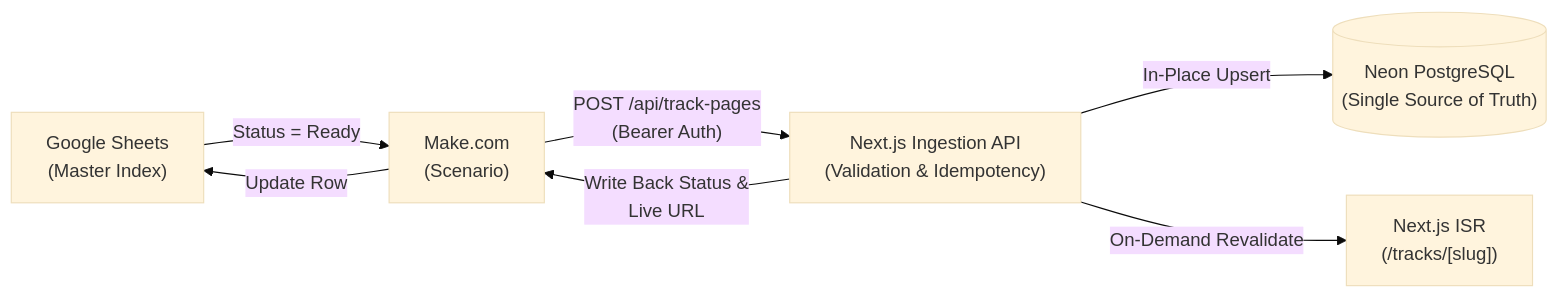
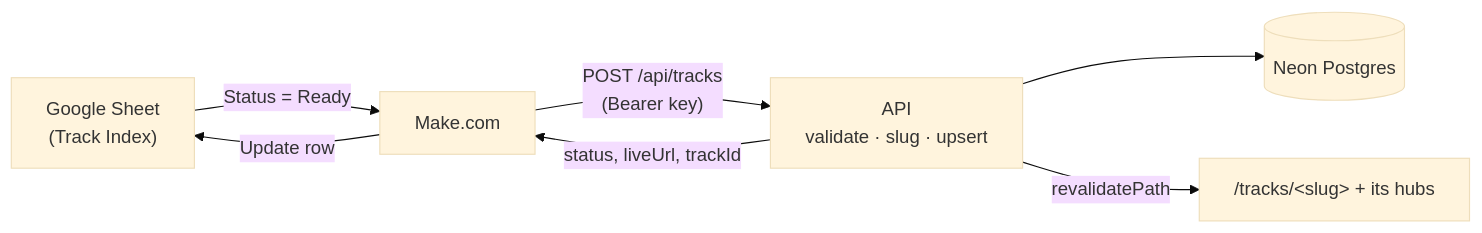
Before and after one commit to Olamideodetunde/b2bmusic: the diagram in docs/MASTER_KEYWORD_PIPELINE.md, drawn with Mermaid (base theme). The commit also changed other lines of this file and 87 other files, not shown here.

````diff
--- a/docs/MASTER_KEYWORD_PIPELINE.md
+++ b/docs/MASTER_KEYWORD_PIPELINE.md
@@ -11,9 +13,9 @@
 ```mermaid
 flowchart LR
-    A["Google Sheets\n(Master Index)"] -->|"Status = Ready"| B["Make.com\n(Scenario)"]
-    B -->|"POST /api/track-pages\n(Bearer Auth)"| C["Next.js Ingestion API\n(Validation & Idempotency)"]
-    C -->|"In-Place Upsert"| D[("Neon PostgreSQL\n(Single Source of Truth)")]
-    C -->|"On-Demand Revalidate"| E["Next.js ISR\n(/tracks/[slug])"]
-    C -->|"Write Back Status &\nLive URL"| B
-    B -->|"Update Row"| A
+    A["Google Sheet<br/>(Track Index)"] -->|"Status = Ready"| B["Make.com"]
+    B -->|"POST /api/tracks<br/>(Bearer key)"| C["API<br/>validate · slug · upsert"]
+    C --> D[("Neon Postgres")]
+    C -->|"revalidatePath"| E["/tracks/&lt;slug&gt; + its hubs"]
+    C -->|"status, liveUrl, trackId"| B
+    B -->|"Update row"| A
 ```
````
